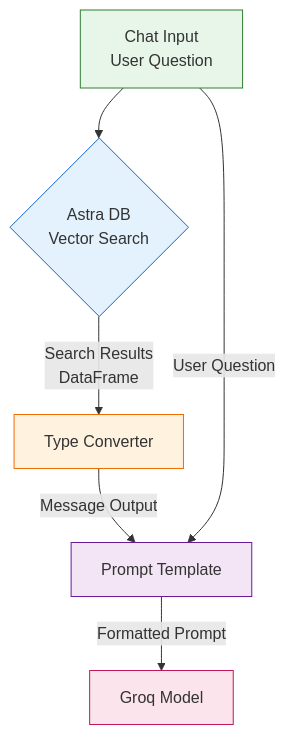
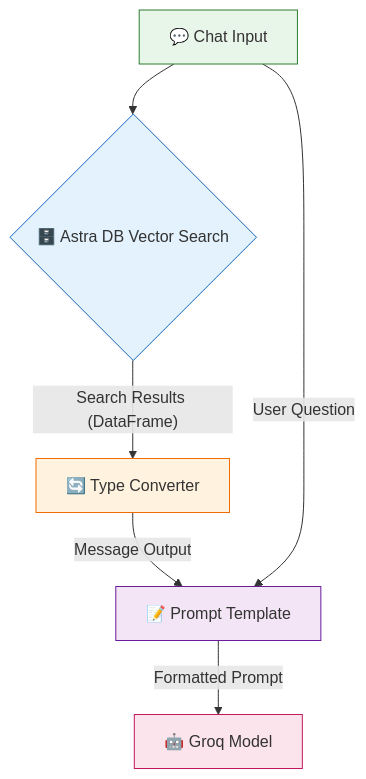
Before and after one commit to roshrv27/first_RAG: the second of 5 diagrams in README.md, drawn with Mermaid. The commit also changed other lines of this file, not shown here.

````diff
--- a/README.md
+++ b/README.md
@@ -78,14 +79,14 @@
 ```mermaid
 flowchart TD
-    A[Chat Input<br/>User Question] --> B{Astra DB<br/>Vector Search}
-    B -->|Search Results<br/>DataFrame| C[Type Converter]
-    C -->|Message Output| D[Prompt Template]
-    A -->|User Question| D
-    D -->|Formatted Prompt| E[Groq Model]
+    A["💬 Chat Input"] --> B{"🗄️ Astra DB Vector Search"}
+    B -->|"Search Results (DataFrame)"| C["🔄 Type Converter"]
+    C -->|"Message Output"| D["📝 Prompt Template"]
+    A -->|"User Question"| D
+    D -->|"Formatted Prompt"| E["🤖 Groq Model"]
     
     style A fill:#e8f5e9,stroke:#2e7d32
     style B fill:#e3f2fd,stroke:#1565c0
     style C fill:#fff3e0,stroke:#ef6c00
     style D fill:#f3e5f5,stroke:#6a1b9a
     style E fill:#fce4ec,stroke:#c2185b
 ```
````
